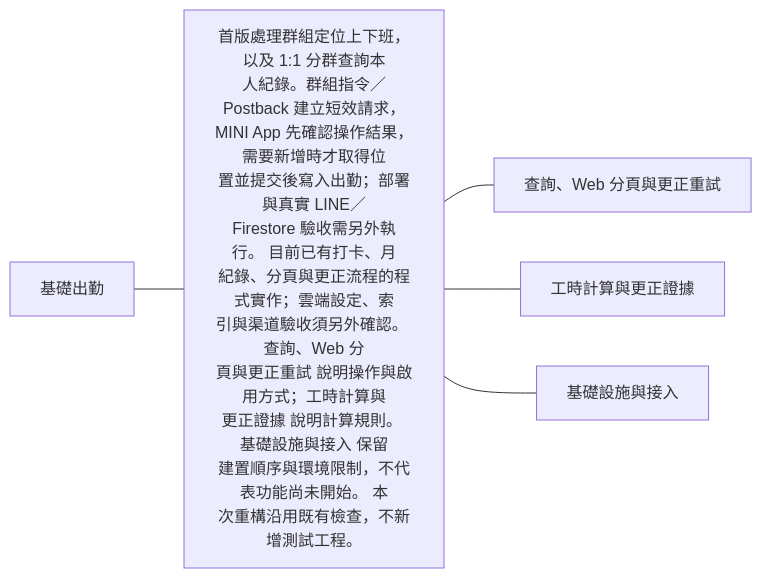
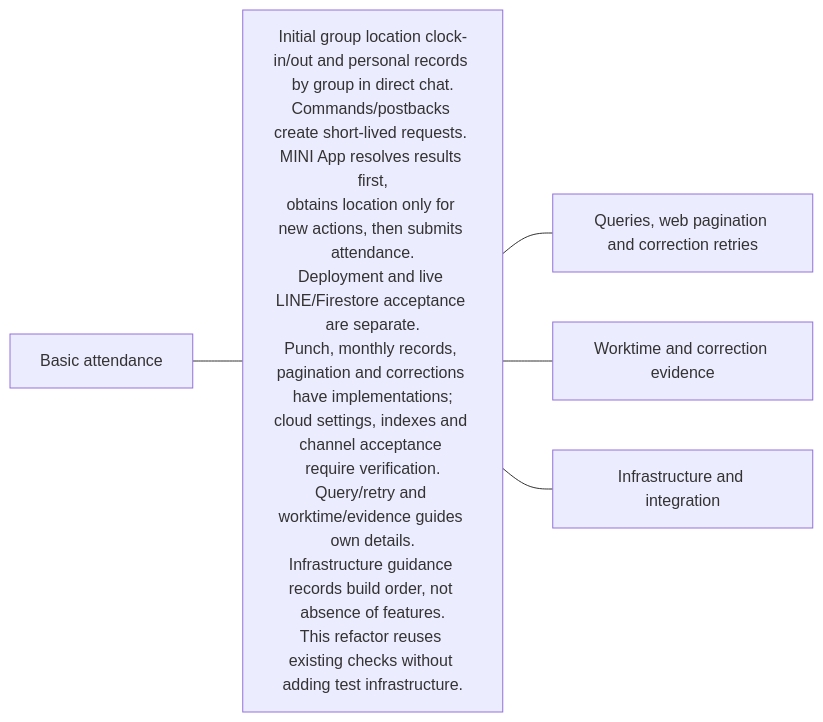
Before and after one commit to 963sup/line-mini-app-bot: the first of 15 diagrams in docs/domains/attendance/README.md, drawn with Mermaid. The commit also changed other lines of this file and 341 other files, not shown here.

````diff
--- a/docs/domains/attendance/README.md
+++ b/docs/domains/attendance/README.md
@@ -67,11 +81,11 @@
 ```mermaid
 flowchart LR
-  h["基礎出勤"]
-  h --- n0["首版處理群組定位上下班，以及 1:1 分群查詢本<br/>人紀錄。群組指令／Postback 建立短效請求，<br/>MINI App 先確認操作結果，需要新增時才取得位<br/>置並提交後寫入出勤；部署與真實 LINE／<br/>Firestore 驗收需另外執行。 目前已有打卡、月<br/>紀錄、分頁與更正流程的程式實作；雲端設定、索<br/>引與渠道驗收須另外確認。 查詢、Web 分<br/>頁與更正重試 說明操作與啟用方式；工時計算與<br/>更正證據 說明計算規則。 基礎設施與接入 保留<br/>建置順序與環境限制，不代表功能尚未開始。 本<br/>次重構沿用既有檢查，不新增測試工程。"]
-  n0 --- n0l0["查詢、Web 分頁與更正重試"]
+  h["Basic attendance"]
+  h --- n0["Initial group location clock-in/out and personal records by group in direct chat.<br/>Commands/postbacks create short-lived requests. MINI App resolves results first,<br/>obtains location only for new actions, then submits attendance.<br/>Deployment and live LINE/Firestore acceptance are separate.<br/>Punch, monthly records, pagination and corrections have implementations;<br/>cloud settings, indexes and channel acceptance require verification.<br/>Query/retry and worktime/evidence guides own details.<br/>Infrastructure guidance records build order, not absence of features.<br/>This refactor reuses existing checks without adding test infrastructure."]
+  n0 --- n0l0["Queries, web pagination and correction retries"]
   click n0l0 "queries.md"
-  n0 --- n0l1["工時計算與更正證據"]
+  n0 --- n0l1["Worktime and correction evidence"]
   click n0l1 "worktime.md"
-  n0 --- n0l2["基礎設施與接入"]
+  n0 --- n0l2["Infrastructure and integration"]
   click n0l2 "../../development/environment/verification.md"
 ```
````
